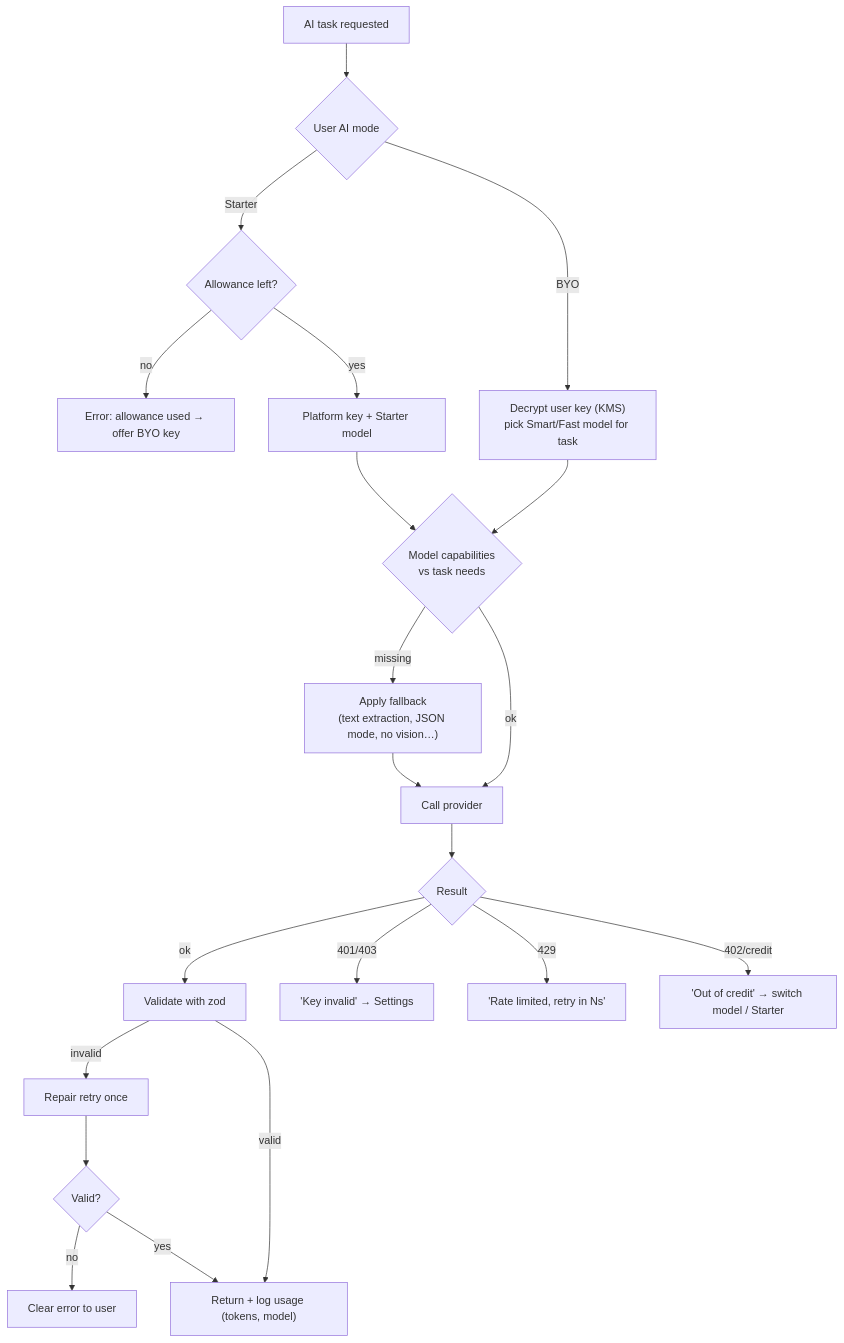
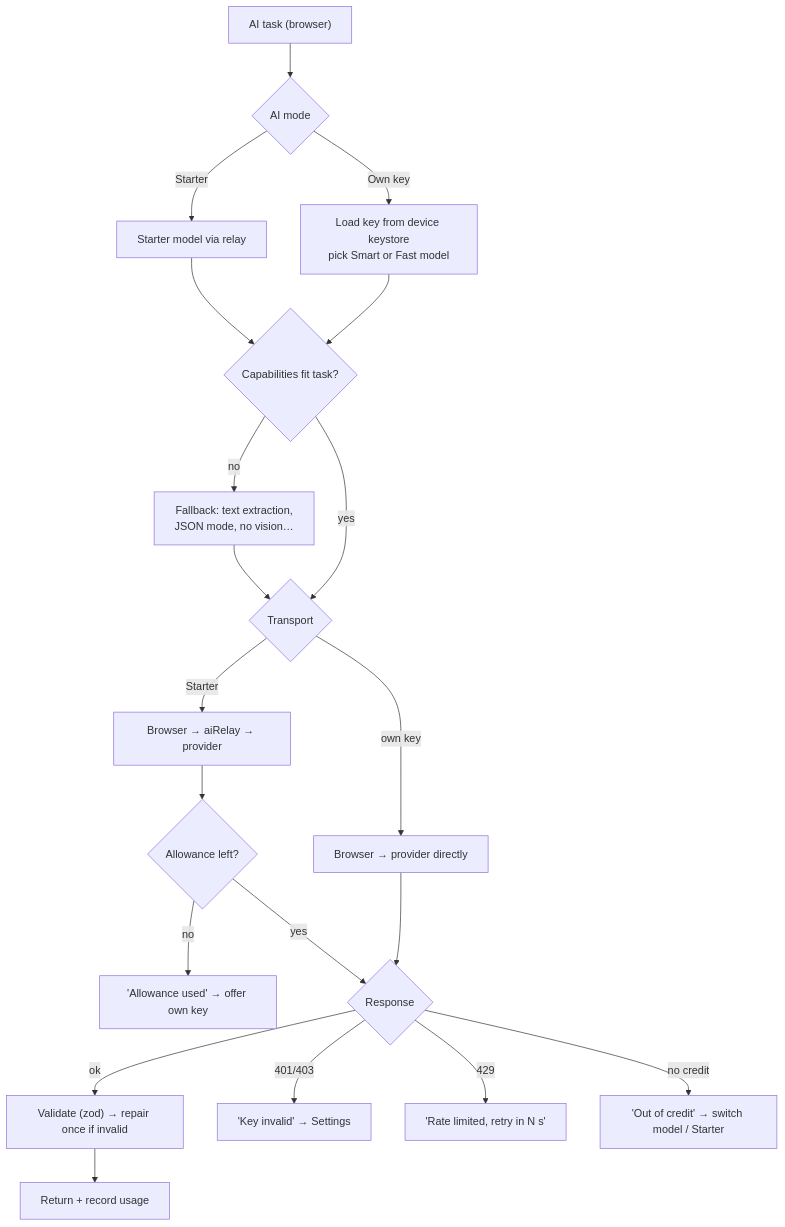
Before and after one commit to iamsanuponnulli-hue/PORTFOLIO-BUILDER: diagram 13 of 17 in docs/ARCHITECTURE.md, drawn with Mermaid. The commit also changed other lines of this file and 1 other file, not shown here.

First line of the commit message:
Plan: thin server, browser-heavy processing, extension, device-only keys, OpenRouter sign-in

````diff
--- a/docs/ARCHITECTURE.md
+++ b/docs/ARCHITECTURE.md
@@ -469,21 +496,22 @@
 ```mermaid
 flowchart TD
-  A["AI task requested"] --> B{"User AI mode"}
-  B -- Starter --> C{"Allowance left?"}
-  C -- no --> C1["Error: allowance used → offer BYO key"]
-  C -- yes --> D["Platform key + Starter model"]
-  B -- BYO --> E["Decrypt user key (KMS)<br/>pick Smart/Fast model for task"]
-  D & E --> F{"Model capabilities<br/>vs task needs"}
-  F -- missing --> G["Apply fallback<br/>(text extraction, JSON mode, no vision…)"]
-  F -- ok --> H["Call provider"]
+  A["AI task (browser)"] --> B{"AI mode"}
+  B -- Own key --> E["Load key from device keystore<br/>pick Smart or Fast model"]
+  E --> F{"Capabilities fit task?"}
+  B -- Starter --> D["Starter model via relay"]
+  D --> F
+  F -- no --> G["Fallback: text extraction,<br/>JSON mode, no vision…"]
+  F -- yes --> H{"Transport"}
   G --> H
-  H --> I{"Result"}
-  I -- ok --> J["Validate with zod"]
-  J -- invalid --> K["Repair retry once"] --> J2{"Valid?"}
-  J2 -- no --> L["Clear error to user"]
-  J -- valid --> M["Return + log usage (tokens, model)"]
-  J2 -- yes --> M
+  H -- own key --> H1["Browser → provider directly"]
+  H -- Starter --> H2["Browser → aiRelay → provider"]
+  H2 --> Q{"Allowance left?"}
+  Q -- no --> Q1["'Allowance used' → offer own key"]
+  H1 --> I{"Response"}
+  Q -- yes --> I
+  I -- ok --> J["Validate (zod) → repair once if invalid"]
+  J --> M["Return + record usage"]
   I -- 401/403 --> N["'Key invalid' → Settings"]
-  I -- 429 --> O["'Rate limited, retry in Ns'"]
-  I -- 402/credit --> P["'Out of credit' → switch model / Starter"]
+  I -- 429 --> O["'Rate limited, retry in N s'"]
+  I -- no credit --> P["'Out of credit' → switch model / Starter"]
 ```
````
